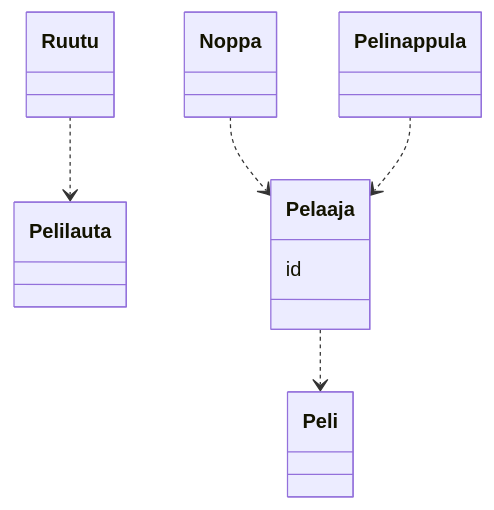
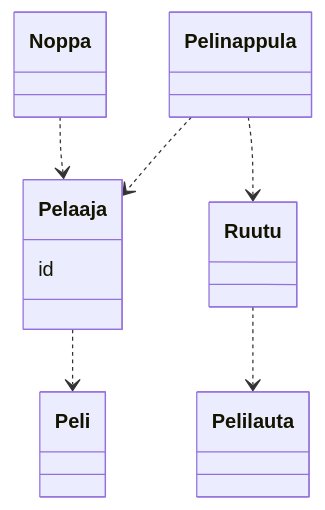
The diagram in laskarit/viikko3/test.md (MiikaMatias/ot-harjoitustyo), drawn with Mermaid before and after one commit.

````diff
--- a/laskarit/viikko3/test.md
+++ b/laskarit/viikko3/test.md
@@ -5,20 +5,21 @@
 ```mermaid
  classDiagram
       Ruutu ..> Pelilauta
       Noppa ..> Pelaaja
       Pelinappula ..> Pelaaja
+      Pelinappula ..> Ruutu
       Pelaaja ..> Peli
       class Noppa{
       }
       class Pelaaja{
           id
       }
       class Pelilauta{
       }
       class Ruutu{
       }
       class Pelinappula {
       }
       class Peli {
       }
 ```
````
